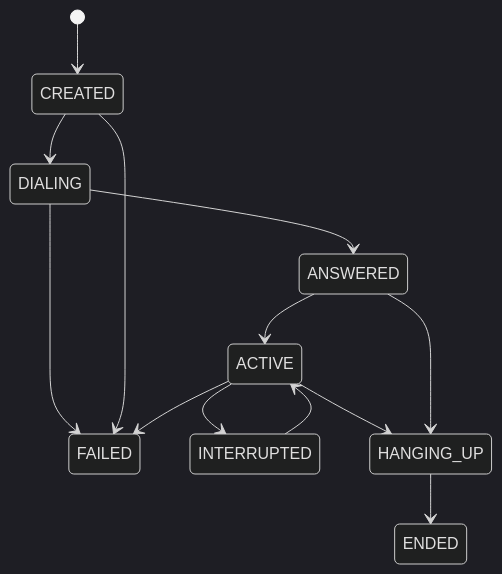
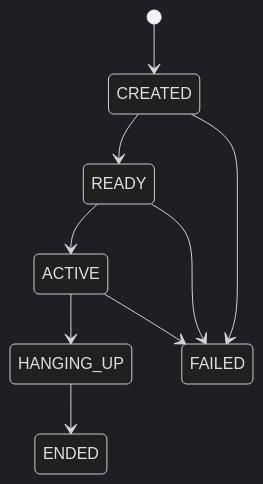
Before and after one commit to WayneJinOSU/AGENT_CALL: the second of 2 diagrams in README.md, drawn with Mermaid (dark theme). The commit also changed other lines of this file, not shown here.

````diff
--- a/README.md
+++ b/README.md
@@ -287,15 +313,11 @@
 ```mermaid
 stateDiagram-v2
     [*] --> CREATED
-    CREATED --> DIALING
-    DIALING --> ANSWERED
-    DIALING --> FAILED
-    ANSWERED --> ACTIVE
-    ACTIVE --> INTERRUPTED
-    INTERRUPTED --> ACTIVE
+    CREATED --> READY
+    READY --> ACTIVE
     ACTIVE --> HANGING_UP
-    ANSWERED --> HANGING_UP
     HANGING_UP --> ENDED
     CREATED --> FAILED
+    READY --> FAILED
     ACTIVE --> FAILED
 ```
````
